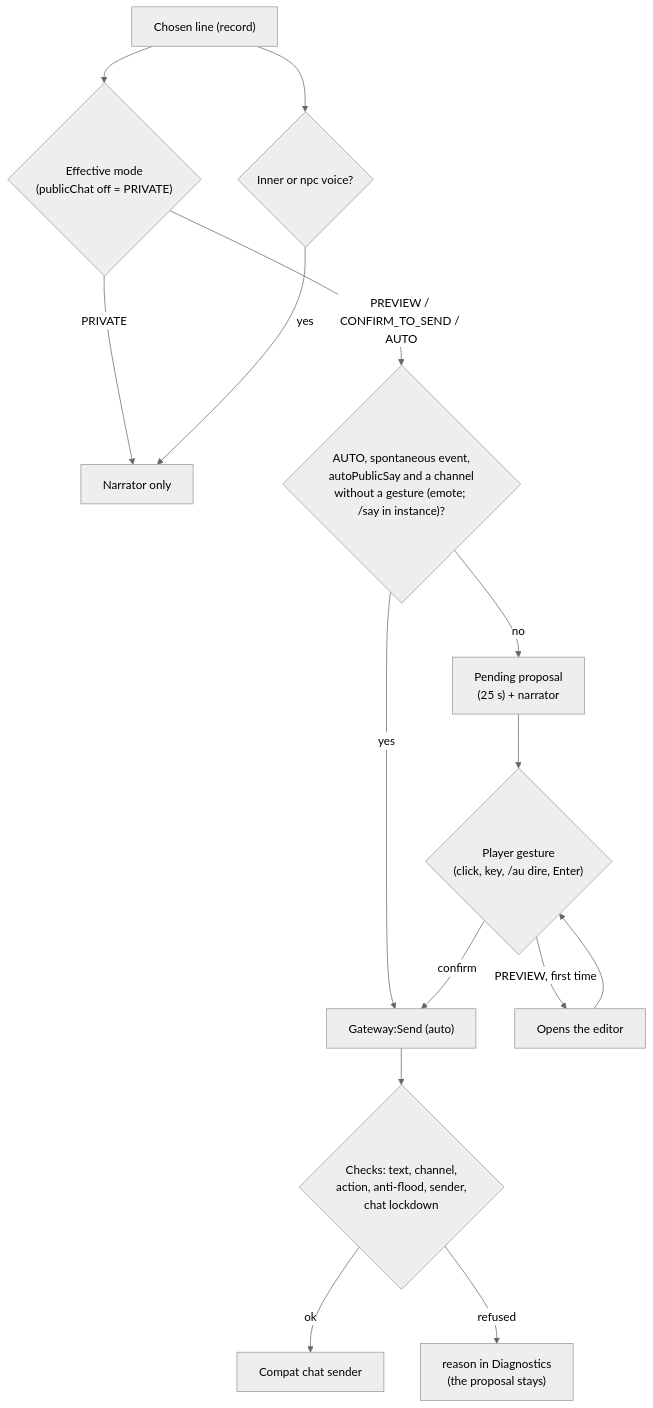
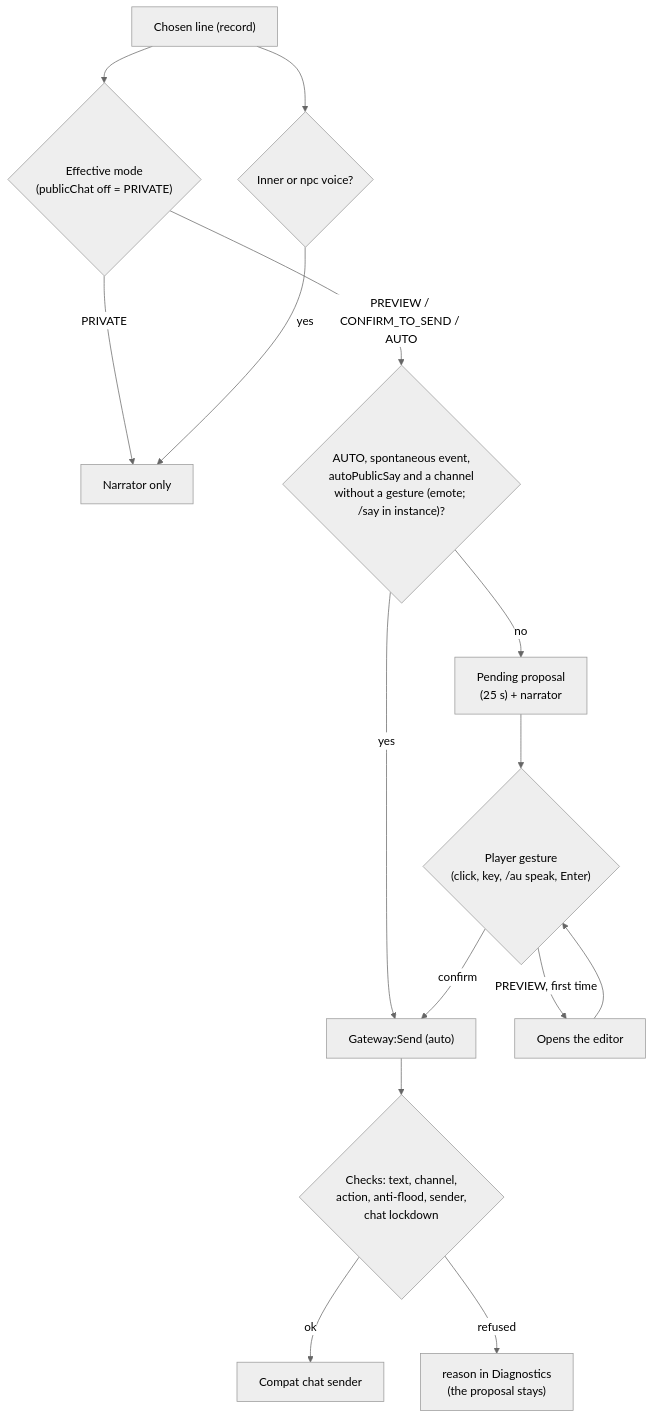
One commit to Finland6738/azeroth-unspoken changed diagram 12 of 14 in docs/ARCHITECTURE.md. Above: the diagram before and after it, drawn with Mermaid (neutral theme). The commit also changed other lines of this file and 80 other files, not shown here.

````diff
--- a/docs/ARCHITECTURE.md
+++ b/docs/ARCHITECTURE.md
@@ -457,17 +458,17 @@
 ```mermaid
 flowchart TD
     R["Chosen line (record)"] --> M{"Effective mode<br/>(publicChat off = PRIVATE)"}
     M -- "PRIVATE" --> NAR["Narrator only"]
     R --> V{"Inner or npc voice?"}
     V -- yes --> NAR
     M -- "PREVIEW / CONFIRM_TO_SEND / AUTO" --> A{"AUTO, spontaneous event,<br/>autoPublicSay and a channel<br/>without a gesture (emote; /say in instance)?"}
     A -- yes --> S["Gateway:Send (auto)"]
     A -- no --> PR["Pending proposal<br/>(25 s) + narrator"]
-    PR --> G{"Player gesture<br/>(click, key, /au dire, Enter)"}
+    PR --> G{"Player gesture<br/>(click, key, /au speak, Enter)"}
     G -- "PREVIEW, first time" --> ED["Opens the editor"]
     ED --> G
     G -- "confirm" --> S
     S --> CK{"Checks: text, channel,<br/>action, anti-flood, sender,<br/>chat lockdown"}
     CK -- ok --> OUT["Compat chat sender"]
     CK -- refused --> LOG["reason in Diagnostics<br/>(the proposal stays)"]
 ```
````
